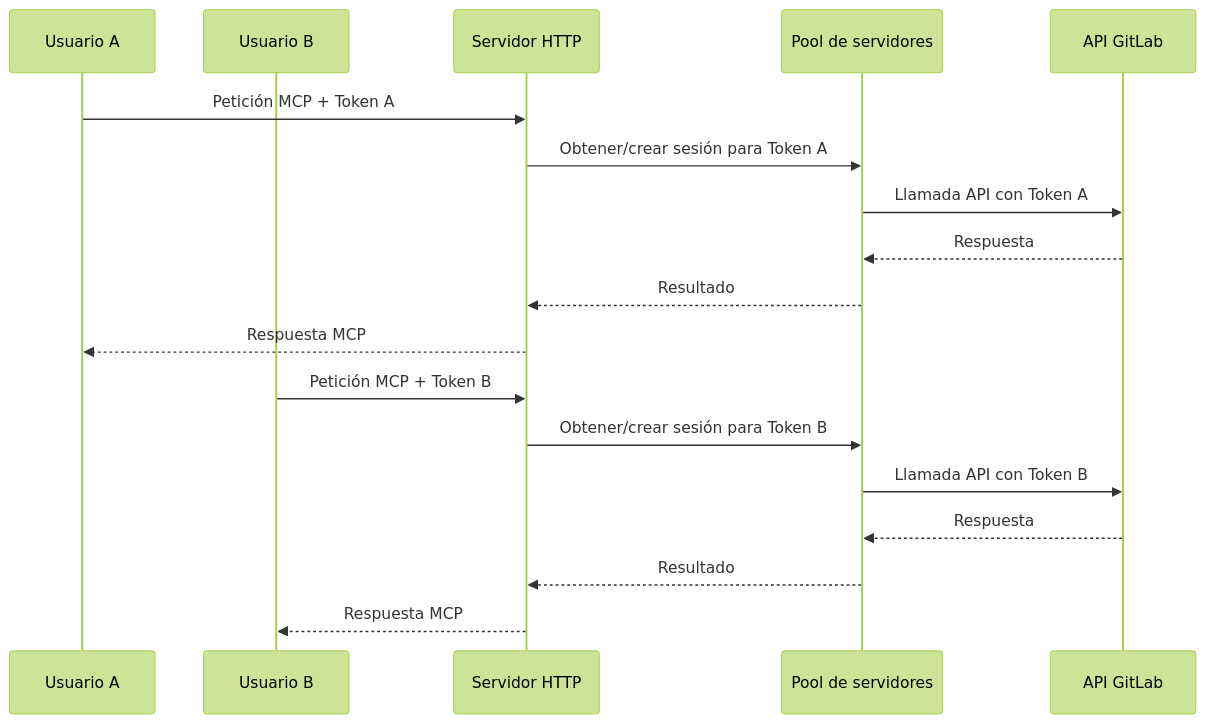
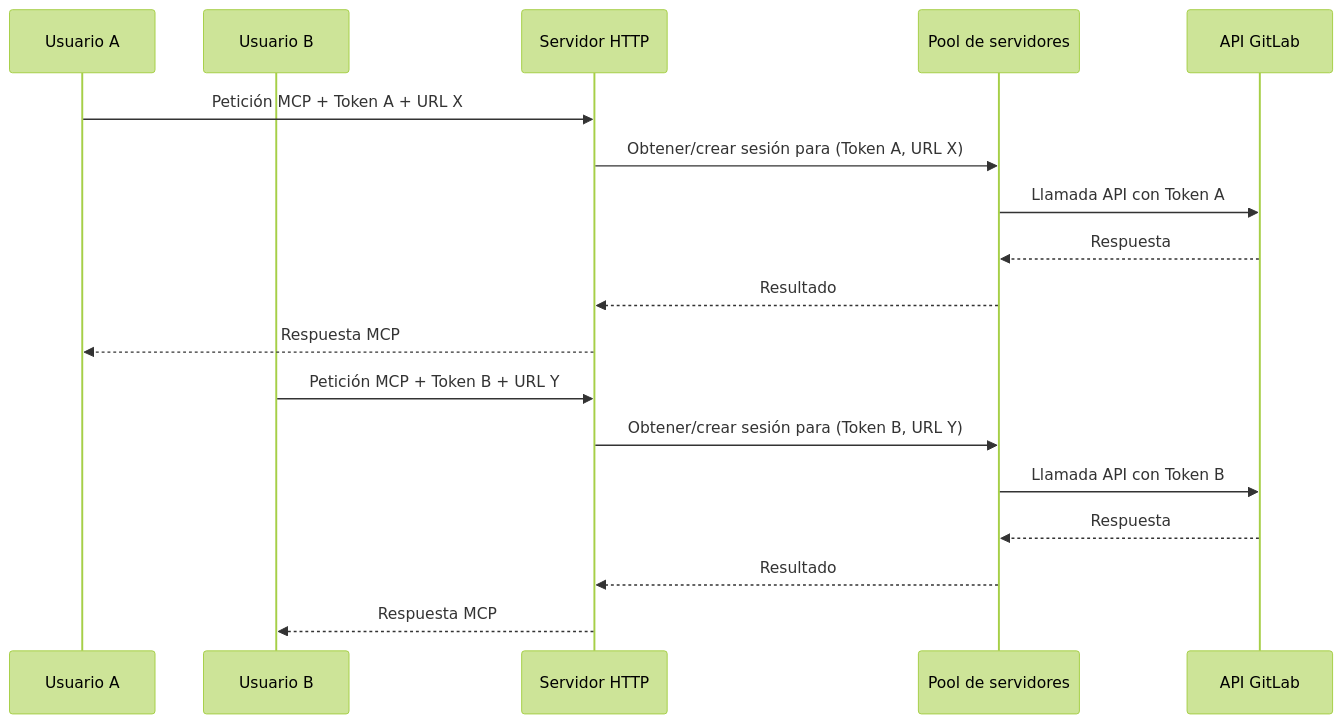
Before and after one commit to jmrplens/gitlab-mcp-server: the third of 4 diagrams in site/src/content/docs/es/architecture.mdx, drawn with Mermaid (forest theme). The commit also changed other lines of this file and 36 other files, not shown here.

````diff
--- a/site/src/content/docs/es/architecture.mdx
+++ b/site/src/content/docs/es/architecture.mdx
@@ -66,22 +66,22 @@
 ```mermaid
 sequenceDiagram
     participant U1 as Usuario A
     participant U2 as Usuario B
     participant S as Servidor HTTP
     participant P as Pool de servidores
     participant GL as API GitLab
 
-    U1->>S: Petición MCP + Token A
-    S->>P: Obtener/crear sesión para Token A
+    U1->>S: Petición MCP + Token A + URL X
+    S->>P: Obtener/crear sesión para (Token A, URL X)
     P->>GL: Llamada API con Token A
     GL-->>P: Respuesta
     P-->>S: Resultado
     S-->>U1: Respuesta MCP
 
-    U2->>S: Petición MCP + Token B
-    S->>P: Obtener/crear sesión para Token B
+    U2->>S: Petición MCP + Token B + URL Y
+    S->>P: Obtener/crear sesión para (Token B, URL Y)
     P->>GL: Llamada API con Token B
     GL-->>P: Respuesta
     P-->>S: Resultado
     S-->>U2: Respuesta MCP
 ```
````
